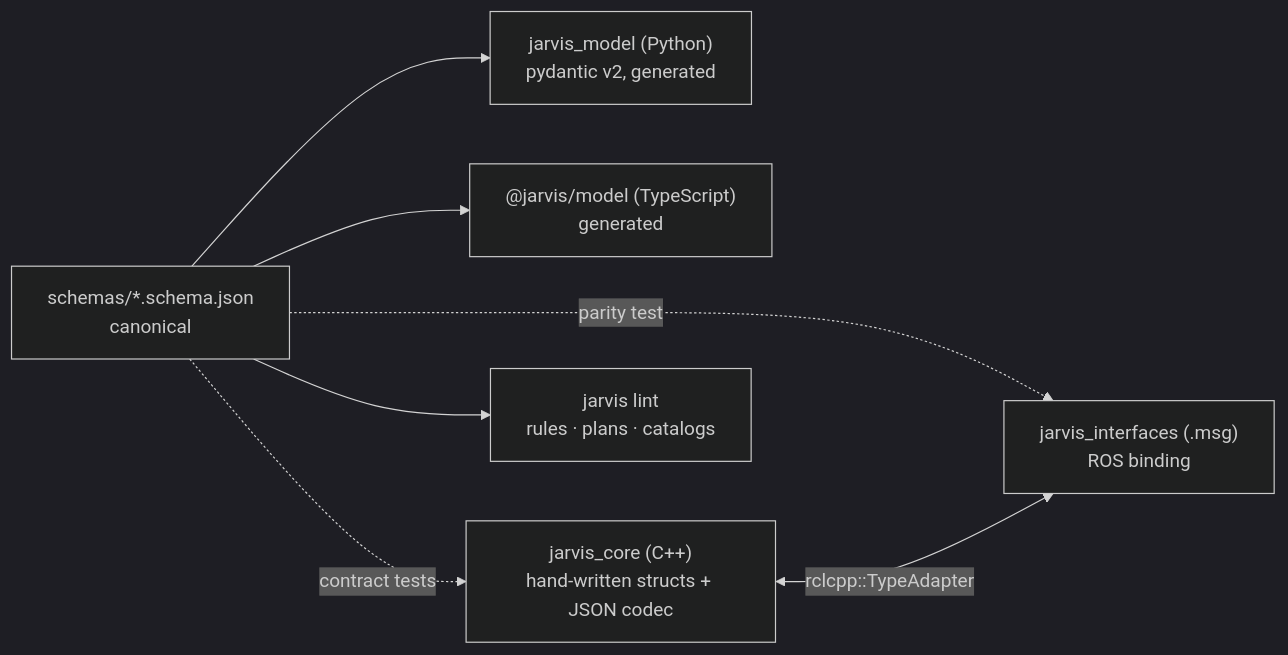
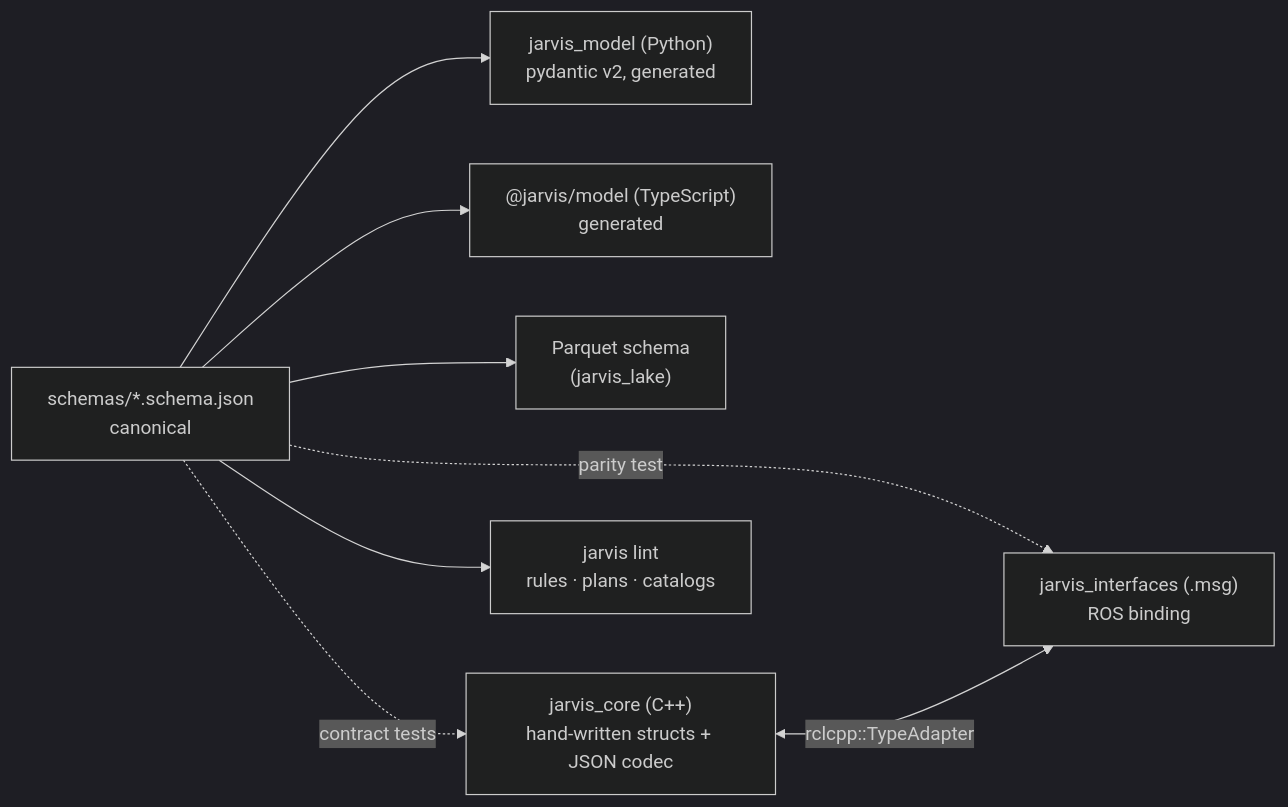
One commit to guilyx/jarvis_ros2 changed the fourth of 4 diagrams in docs/design/03-data-model.md. Above: the diagram before and after it, drawn with Mermaid (dark theme). The commit also changed other lines of this file and 20 other files, not shown here.

````diff
--- a/docs/design/03-data-model.md
+++ b/docs/design/03-data-model.md
@@ -442,9 +481,10 @@
 ```mermaid
 flowchart LR
   JS["schemas/*.schema.json<br/>canonical"] --> PY["jarvis_model (Python)<br/>pydantic v2, generated"]
   JS --> TS["@jarvis/model (TypeScript)<br/>generated"]
+  JS --> PQS["Parquet schema<br/>(jarvis_lake)"]
   JS -. "contract tests" .-> CPP["jarvis_core (C++)<br/>hand-written structs + JSON codec"]
   JS -. "parity test" .-> MSG["jarvis_interfaces (.msg)<br/>ROS binding"]
   CPP <-- "rclcpp::TypeAdapter" --> MSG
   JS --> LINT["jarvis lint<br/>rules · plans · catalogs"]
 ```
````
